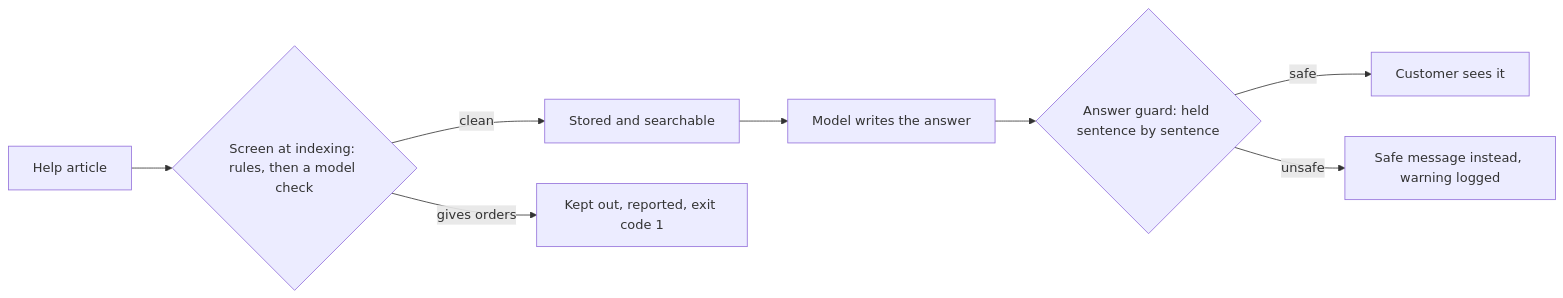
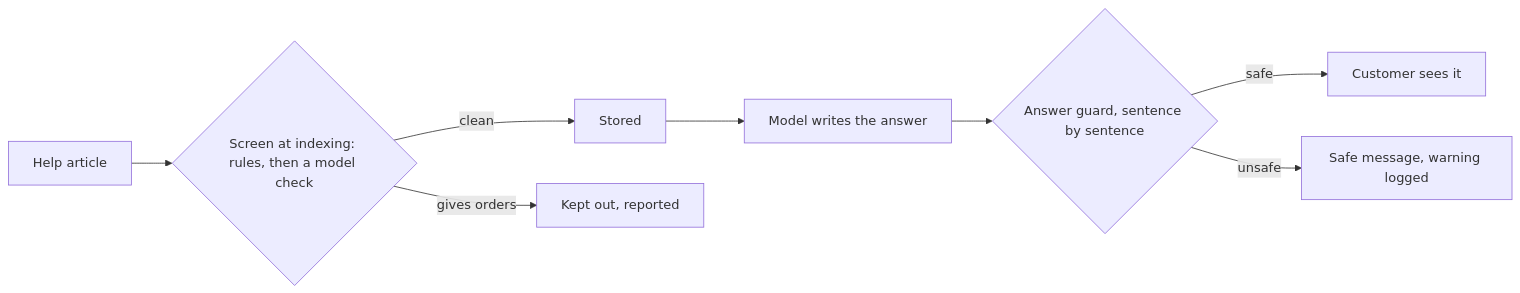
Before and after one commit to renup/Brokerage_Ledger_AI_Assitant: the seventh of 8 diagrams in README.md, drawn with Mermaid. The commit also changed other lines of this file, not shown here.

````diff
--- a/README.md
+++ b/README.md
@@ -324,10 +267,10 @@
 ```mermaid
 flowchart LR
   A["Help article"] --> S{"Screen at indexing: rules, then a model check"}
-  S -->|"clean"| I["Stored and searchable"]
-  S -->|"gives orders"| Q["Kept out, reported, exit code 1"]
+  S -->|"clean"| I["Stored"]
+  S -->|"gives orders"| Q["Kept out, reported"]
   I --> M["Model writes the answer"]
-  M --> G{"Answer guard: held sentence by sentence"}
+  M --> G{"Answer guard, sentence by sentence"}
   G -->|"safe"| C["Customer sees it"]
-  G -->|"unsafe"| X["Safe message instead, warning logged"]
+  G -->|"unsafe"| X["Safe message, warning logged"]
 ```
````
